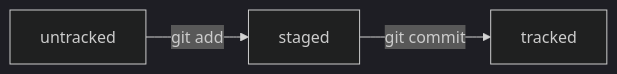
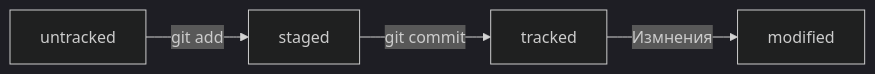
The diagram in readme.md (dranichka/practicum), drawn with Mermaid (dark theme) before and after one commit.

Commit message:
Исправлена схема ЖЦ

````diff
--- a/readme.md
+++ b/readme.md
@@ -60,5 +60,6 @@
 ```mermaid
 graph LR;
 untracked -- "git add" --> staged;
 staged -- "git commit" --> tracked;
+tracked -- "Измнения" --> modified;
 ```
````
